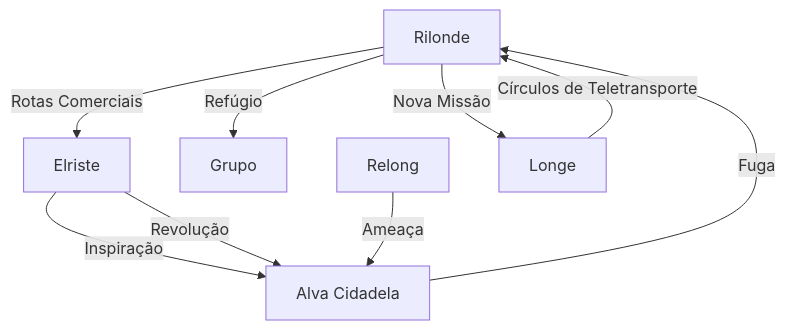
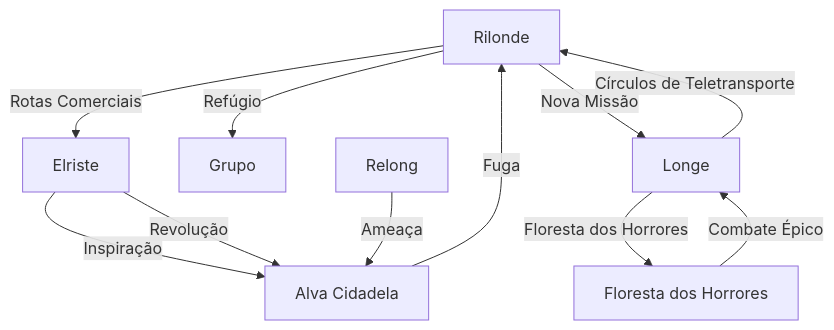
Before and after one commit to fsimoes/obsidian-borel: the diagram in source/content/Borel/Locais/index.md, drawn with Mermaid. The commit also changed other lines of this file and 18 other files, not shown here.

````diff
--- a/source/content/Borel/Locais/index.md
+++ b/source/content/Borel/Locais/index.md
@@ -62,11 +77,13 @@
 ```mermaid
 graph TD
     R[Rilonde] --> |"Rotas Comerciais"| E[Elriste]
     E --> |"Inspiração"| A[Alva Cidadela]
     R --> |"Refúgio"| G[Grupo]
     E --> |"Revolução"| A
     Re[Relong] --> |"Ameaça"| A
     A --> |"Fuga"| R
     R --> |"Nova Missão"| L[Longe]
     L --> |"Círculos de Teletransporte"| R
+    L --> |"Floresta dos Horrores"| F[Floresta dos Horrores]
+    F --> |"Combate Épico"| L
 ```
````
